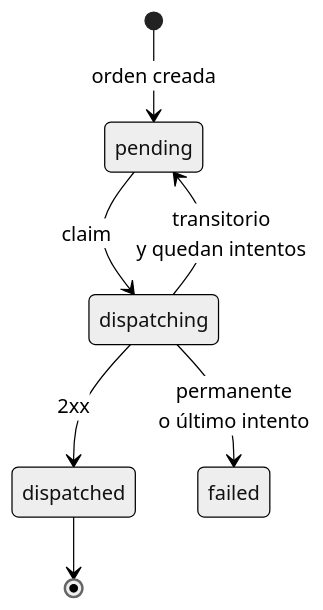
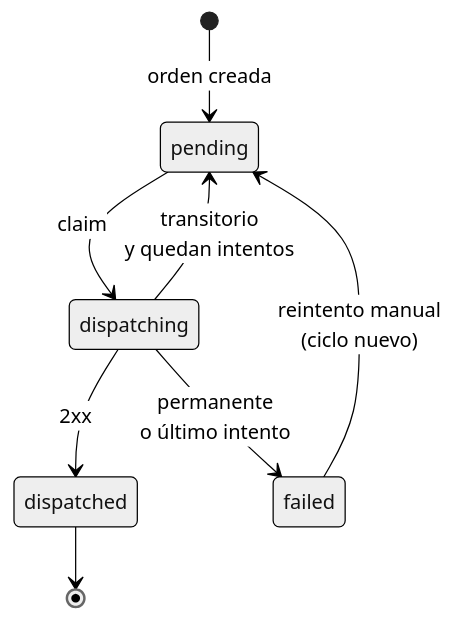
Before and after one commit to cristianrojasalexan/niufoods-orders: the diagram in docs/dispatch.md, drawn with Mermaid (neutral theme). The commit also changed other lines of this file and 11 other files, not shown here.

````diff
--- a/docs/dispatch.md
+++ b/docs/dispatch.md
@@ -13,9 +13,10 @@
 ```mermaid
 stateDiagram-v2
     [*] --> pending: orden creada
     pending --> dispatching: claim
     dispatching --> dispatched: 2xx
     dispatching --> pending: transitorio<br/>y quedan intentos
     dispatching --> failed: permanente<br/>o último intento
+    failed --> pending: reintento manual<br/>(ciclo nuevo)
     dispatched --> [*]
 ```
````
